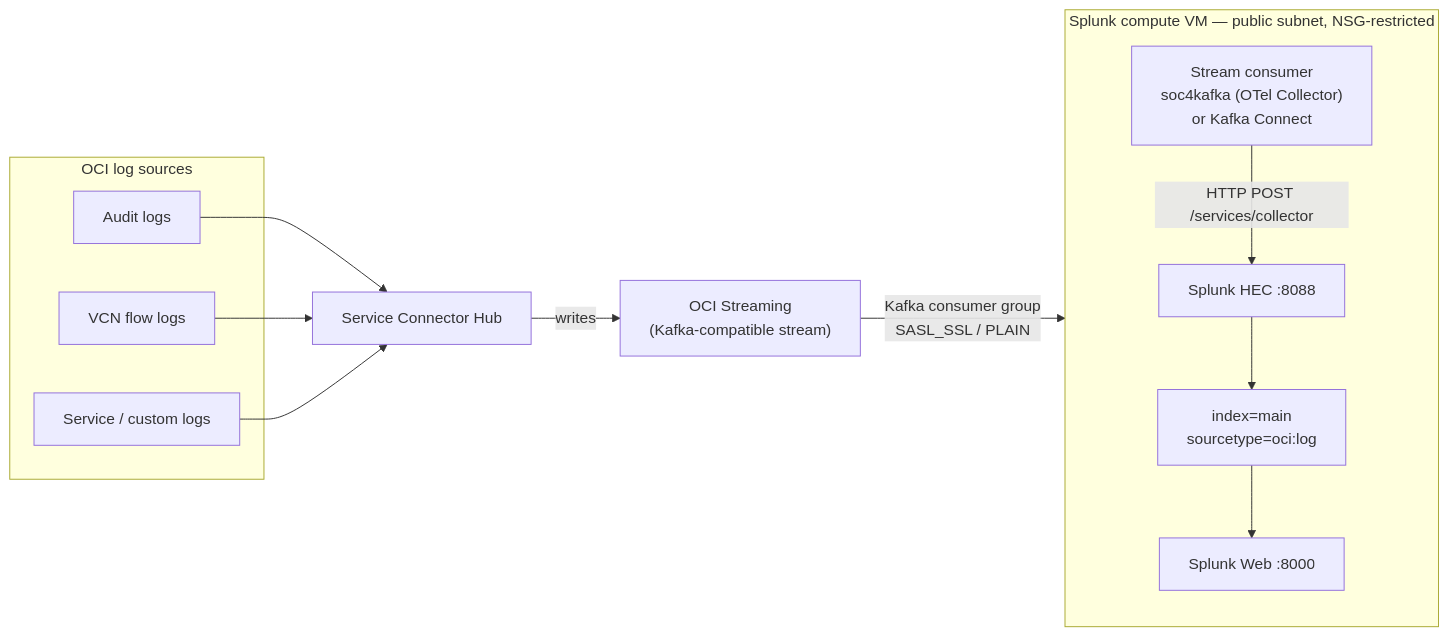
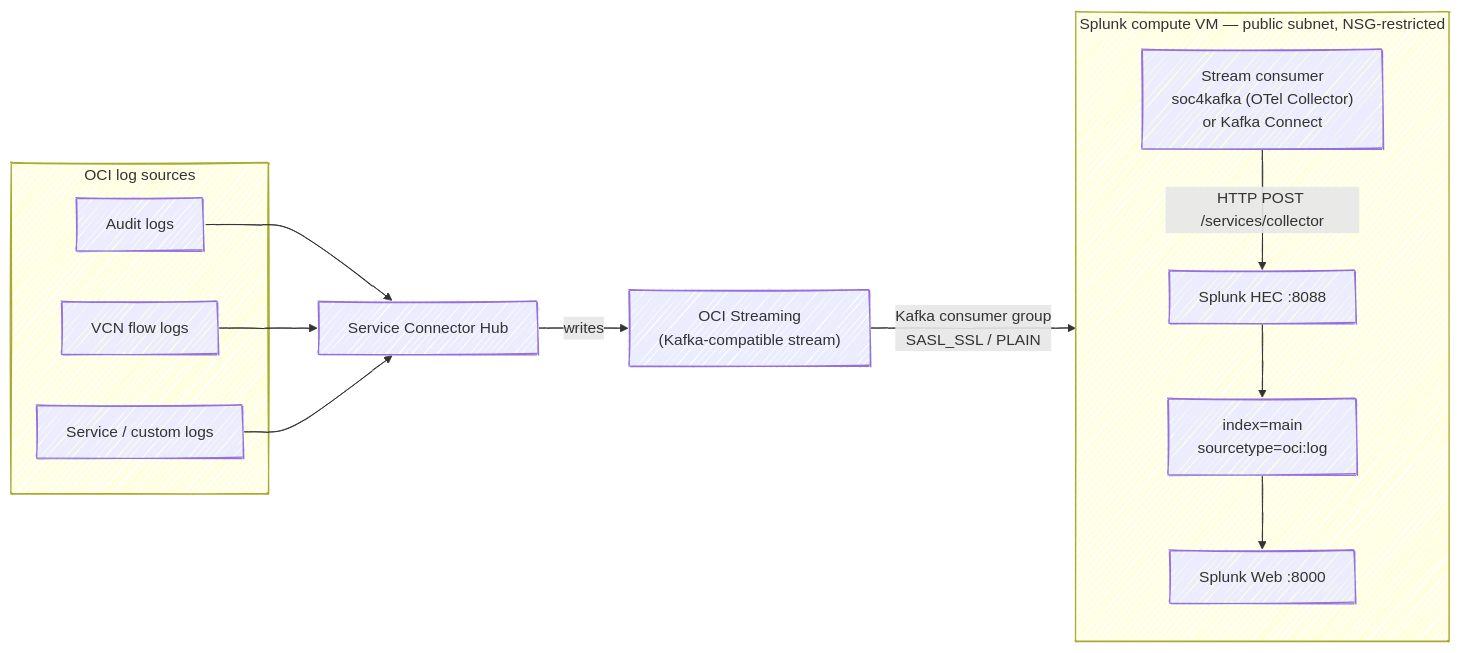
The diagram in docs/diagrams/architecture.mmd (adibirzu/oci-splunk), drawn with Mermaid before and after one commit. The commit also changed 5 other files, not shown here.

First line of the commit message:
docs: render diagrams in hand-drawn (sketch) style

```diff
--- a/docs/diagrams/architecture.mmd
+++ b/docs/diagrams/architecture.mmd
@@ -1,24 +1,29 @@
+---
+config:
+  look: handDrawn
+  theme: default
+---
 flowchart LR
   subgraph SRC["OCI log sources"]
     AUDIT["Audit logs"]
     FLOW["VCN flow logs"]
     SVC["Service / custom logs"]
   end
   SCH["Service Connector Hub"]
   STREAM["OCI Streaming<br/>(Kafka-compatible stream)"]
 
   subgraph VM["Splunk compute VM — public subnet, NSG-restricted"]
     direction TB
     CONS["Stream consumer<br/>soc4kafka (OTel Collector)<br/>or Kafka Connect"]
     HEC["Splunk HEC :8088"]
     IDX["index=main<br/>sourcetype=oci:log"]
     WEB["Splunk Web :8000"]
   end
 
   AUDIT --> SCH
   FLOW --> SCH
   SVC --> SCH
   SCH -->|writes| STREAM
   STREAM -->|"Kafka consumer group<br/>SASL_SSL / PLAIN"| CONS
   CONS -->|"HTTP POST /services/collector"| HEC
   HEC --> IDX --> WEB
```
